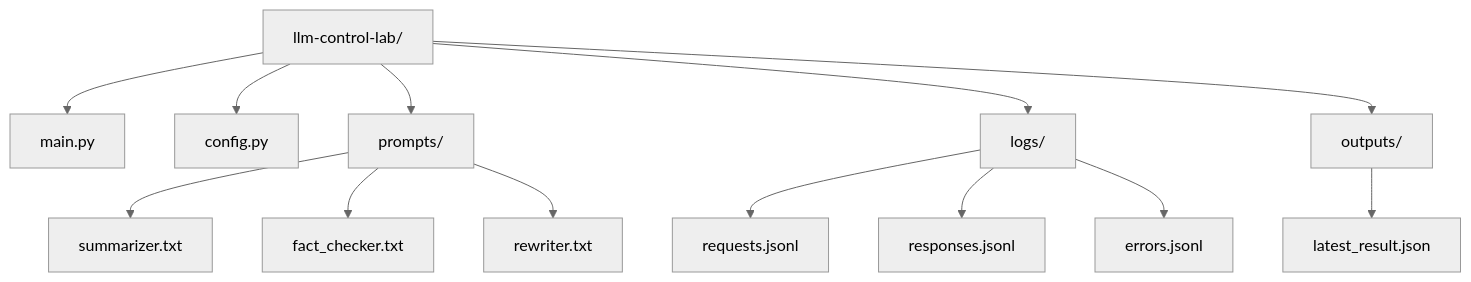
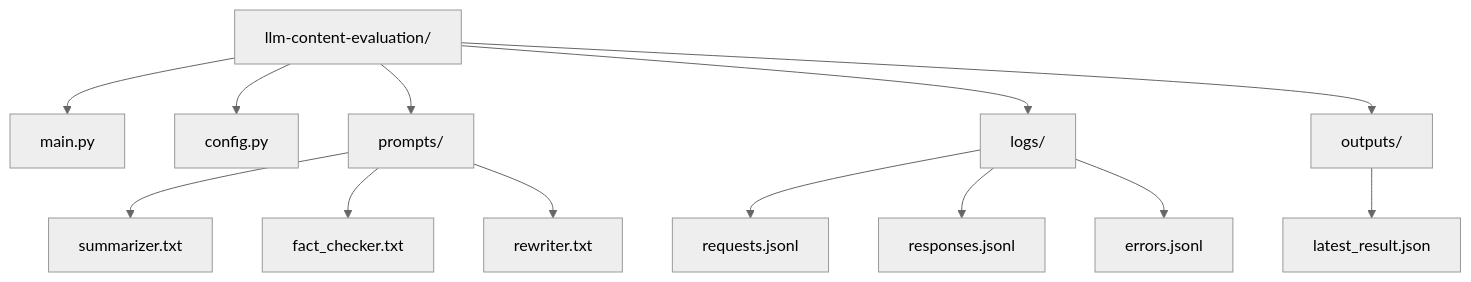
The second of 2 diagrams in README.md (blackstag2k/LLM-Control-Lab), drawn with Mermaid (neutral theme) before and after one commit. The commit also changed other lines of this file, not shown here.

Commit message:
Update README.md with project details and structure

````diff
--- a/README.md
+++ b/README.md
@@ -54,18 +54,18 @@
 ```mermaid
 graph TD
-    A[llm-control-lab/] --> B[main.py]
+    A[llm-content-evaluation/] --> B[main.py]
     A --> C[config.py]
 
     A --> D[prompts/]
     D --> D1[summarizer.txt]
     D --> D2[fact_checker.txt]
     D --> D3[rewriter.txt]
 
     A --> E[logs/]
     E --> E1[requests.jsonl]
     E --> E2[responses.jsonl]
     E --> E3[errors.jsonl]
 
     A --> F[outputs/]
     F --> F1[latest_result.json]
 ```
````
